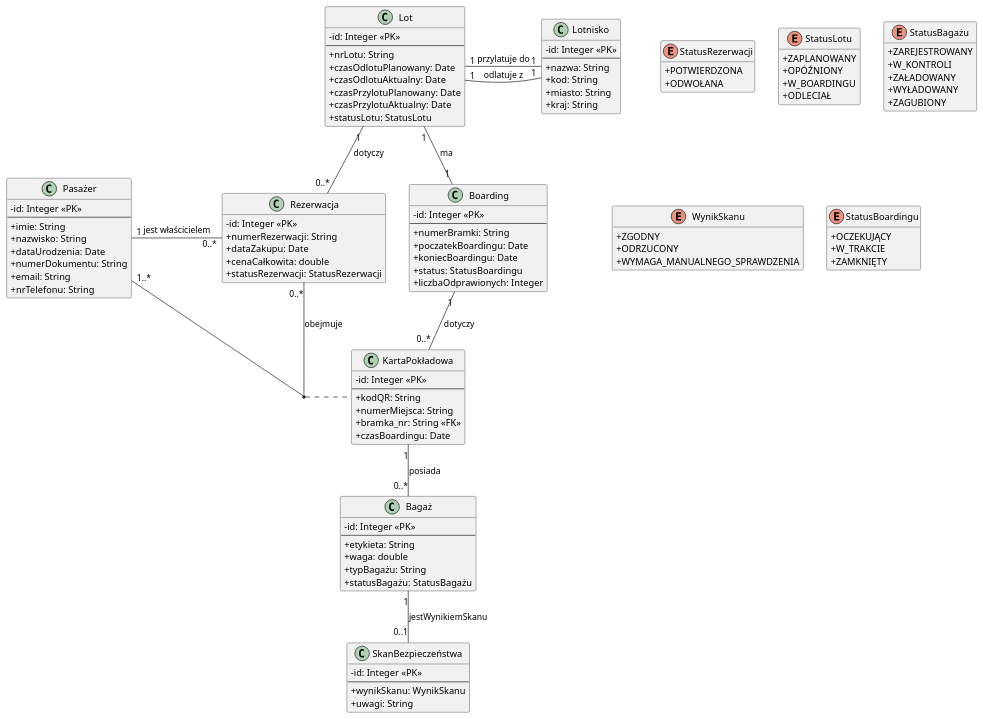
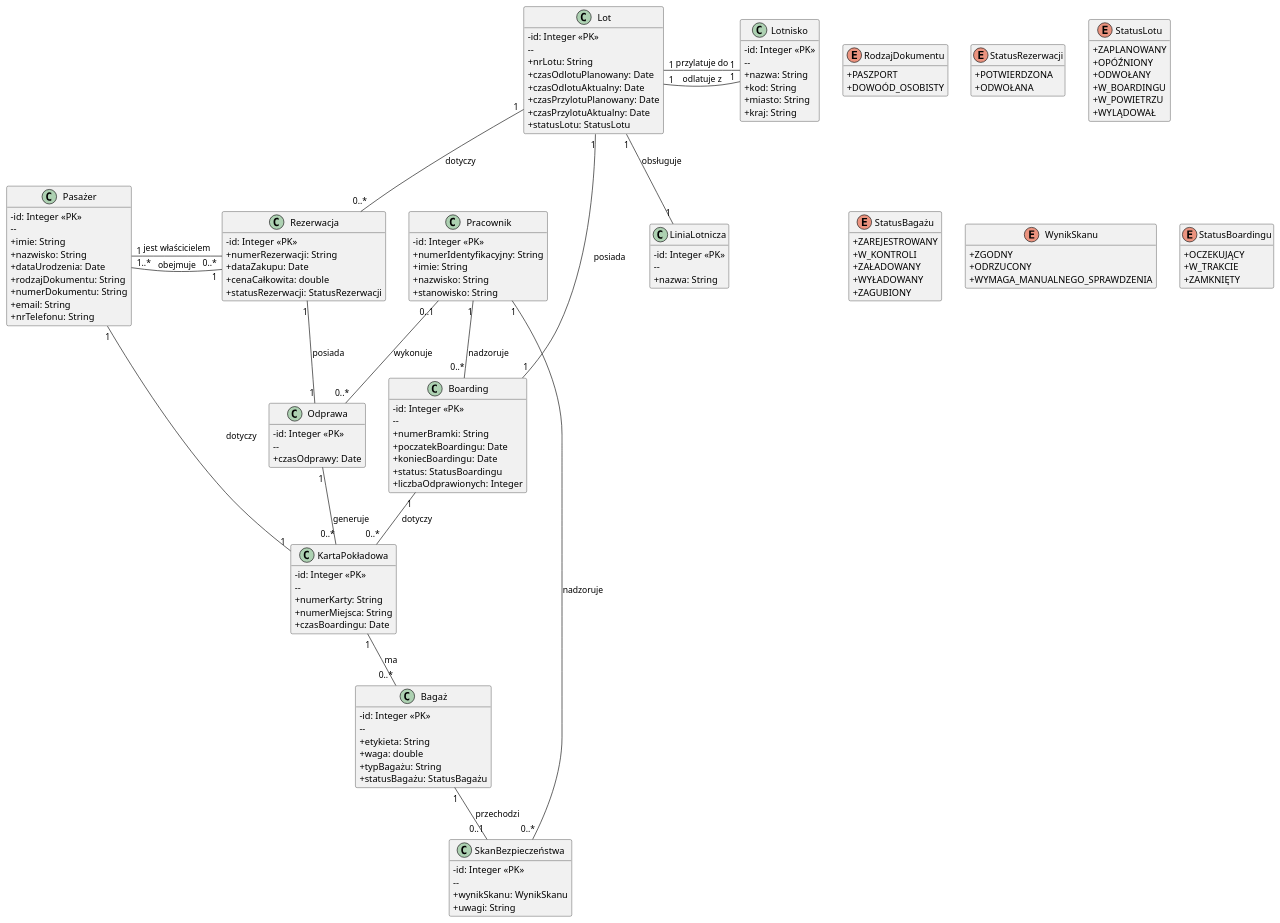
One commit to lsok02/PSI changed the diagram in Diagram_klas/Diagram_klas.md. Above: the diagram before and after it, drawn with PlantUML.

Commit message:
change class diagram

```diff
--- a/Diagram_klas/Diagram_klas.md
+++ b/Diagram_klas/Diagram_klas.md
@@ -3,17 +3,24 @@
 skinparam classAttributeIconSize 0
 
 
+enum RodzajDokumentu {
++ PASZPORT
++ DOWOÓD_OSOBISTY
+  }
+
 enum StatusRezerwacji {
 + POTWIERDZONA
 + ODWOŁANA
-}
+  }
 
 enum StatusLotu {
 + ZAPLANOWANY
 + OPÓŹNIONY
++ ODWOŁANY
 + W_BOARDINGU
-+ ODLECIAŁ
-}
++ W_POWIETRZU
++ WYLĄDOWAŁ
+  }
 
 enum StatusBagażu {
 + ZAREJESTROWANY
@@ -21,41 +28,48 @@
 + ZAŁADOWANY
 + WYŁADOWANY
 + ZAGUBIONY
-}
+  }
 
 enum WynikSkanu {
 + ZGODNY
 + ODRZUCONY
 + WYMAGA_MANUALNEGO_SPRAWDZENIA
-}
+  }
 
 enum StatusBoardingu {
 + OCZEKUJĄCY
 + W_TRAKCIE
 + ZAMKNIĘTY
-}
+  }
+
+class LiniaLotnicza {
+- id: Integer <<PK>>
+  --
++ nazwa: String
+  }
 
 class Pasażer {
 - id: Integer <<PK>>
---
+  --
 + imie: String
 + nazwisko: String
 + dataUrodzenia: Date
++ rodzajDokumentu: String
 + numerDokumentu: String
 + email: String
 + nrTelefonu: String
-}
+  }
 
 class Lot {
 - id: Integer <<PK>>
---
+  --
 + nrLotu: String
 + czasOdlotuPlanowany: Date
 + czasOdlotuAktualny: Date
 + czasPrzylotuPlanowany: Date
 + czasPrzylotuAktualny: Date
 + statusLotu: StatusLotu
-}
+  }
 
 class Rezerwacja {
 - id: Integer <<PK>>
@@ -63,78 +77,94 @@
 + dataZakupu: Date
 + cenaCałkowita: double
 + statusRezerwacji: StatusRezerwacji
-}
+  }
+
+
+class Odprawa {
+- id: Integer <<PK>>
+  --
++ czasOdprawy: Date
+  }
 
 
 class KartaPokładowa {
 - id: Integer <<PK>>
---
-+ kodQR: String
+  --
++ numerKarty: String
 + numerMiejsca: String
-+ bramka_nr: String <<FK>>
 + czasBoardingu: Date
-}
+  }
 
 
 class Bagaż {
 - id: Integer <<PK>>
---
+  --
 + etykieta: String
 + waga: double
 + typBagażu: String
 + statusBagażu: StatusBagażu
-}
+  }
 
 class Boarding {
 - id: Integer <<PK>>
---
+  --
 + numerBramki: String
 + poczatekBoardingu: Date
 + koniecBoardingu: Date
 + status: StatusBoardingu
 + liczbaOdprawionych: Integer
-}
+  }
 
 
 
 class SkanBezpieczeństwa {
 - id: Integer <<PK>>
---
+  --
 + wynikSkanu: WynikSkanu
 + uwagi: String
-}
+  }
+
+class Pracownik {
+- id: Integer <<PK>>
++ numerIdentyfikacyjny: String
++ imie: String
++ nazwisko: String
++ stanowisko: String
+  }
 
 
 class Lotnisko {
 - id: Integer <<PK>>
---
+  --
 + nazwa: String
 + kod: String
 + miasto: String
 + kraj: String
-}
-
-
+  }
 
 
 Pasażer "1" - "0..*" Rezerwacja : jest właścicielem
 
-Rezerwacja "0..*" -- "1..*" Pasażer : obejmuje
+Rezerwacja "1" -- "1..*" Pasażer : obejmuje
 
-(Pasażer, Rezerwacja) .. KartaPokładowa
+Rezerwacja "1" -- "1" Odprawa : posiada
+
+Odprawa "1" -- "0..*" KartaPokładowa : generuje
+
+KartaPokładowa "1" -- "1" Pasażer : dotyczy
+
+Pracownik "0..1" -- "0..*" Odprawa : wykonuje
+
 
 Lot "1" - "1" Lotnisko : odlatuje z
-
 Lot "1" - "1" Lotnisko : przylatuje do
-
 Lot "1" -- "0..*" Rezerwacja : dotyczy
-
-Bagaż "1" -- "0..1" SkanBezpieczeństwa : jestWynikiemSkanu
-
-Lot "1" -- "1" Boarding : ma
-
-KartaPokładowa "1" -- "0..*" Bagaż : posiada
-
+Bagaż "1" -- "0..1" SkanBezpieczeństwa : przechodzi
+Lot "1" -- "1" Boarding : posiada
+KartaPokładowa "1" -- "0..*" Bagaż : ma
 Boarding "1" -- "0..*" KartaPokładowa : dotyczy
 
+Pracownik "1" -- "0..*" SkanBezpieczeństwa : nadzoruje
+Pracownik "1" -- "0..*" Boarding : nadzoruje
+Lot "1" -- "1" LiniaLotnicza : obsługuje
 @enduml
```
